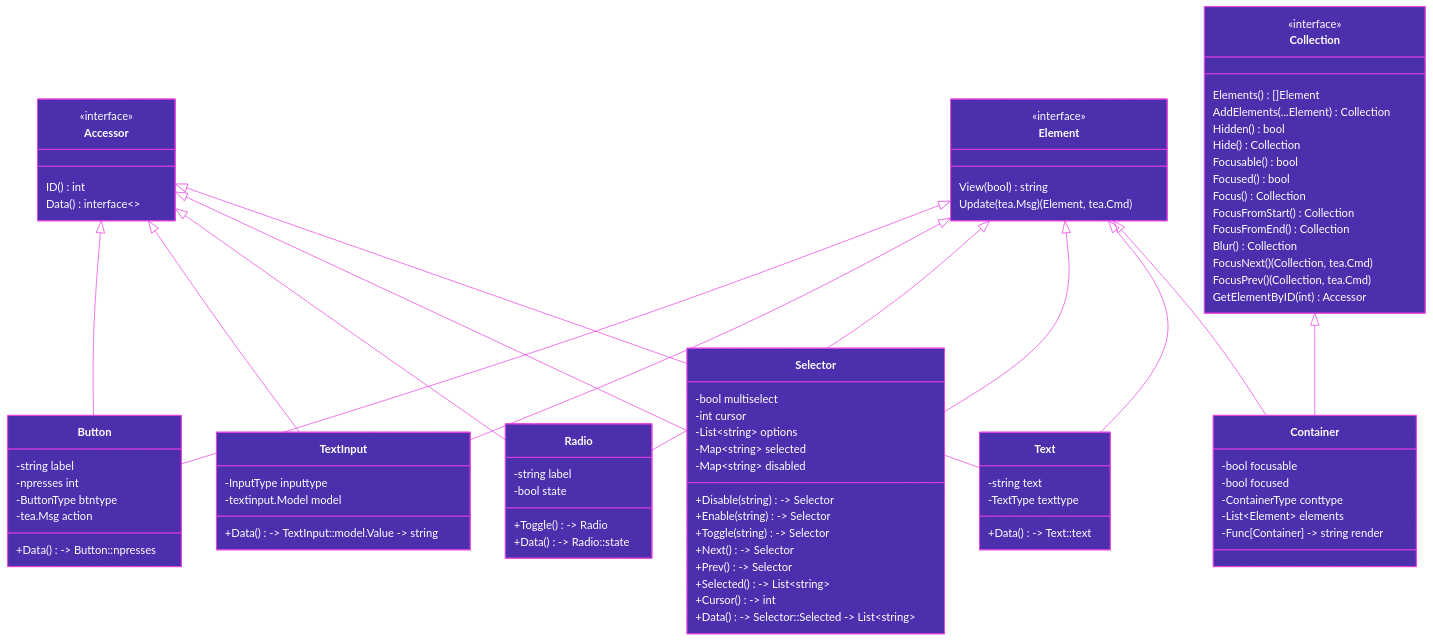
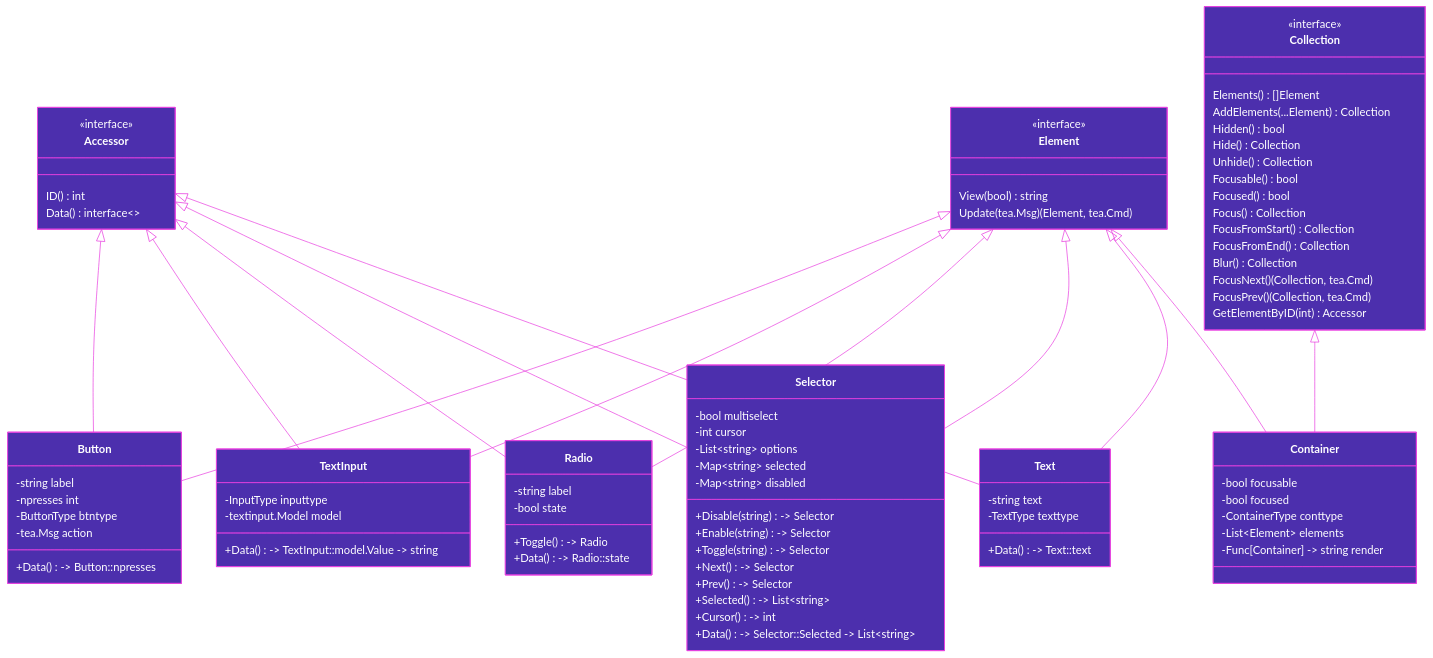
The second of 2 diagrams in README.md (haykh/tuigo), drawn with Mermaid before and after one commit. The commit also changed 3 other files, not shown here.

```diff
--- a/README.md
+++ b/README.md
@@ -89,6 +89,7 @@
     AddElements(...Element) Collection
 	  Hidden() bool
 	  Hide() Collection
+    Unhide() Collection
     Focusable() bool
     Focused() bool
     Focus() Collection
```
